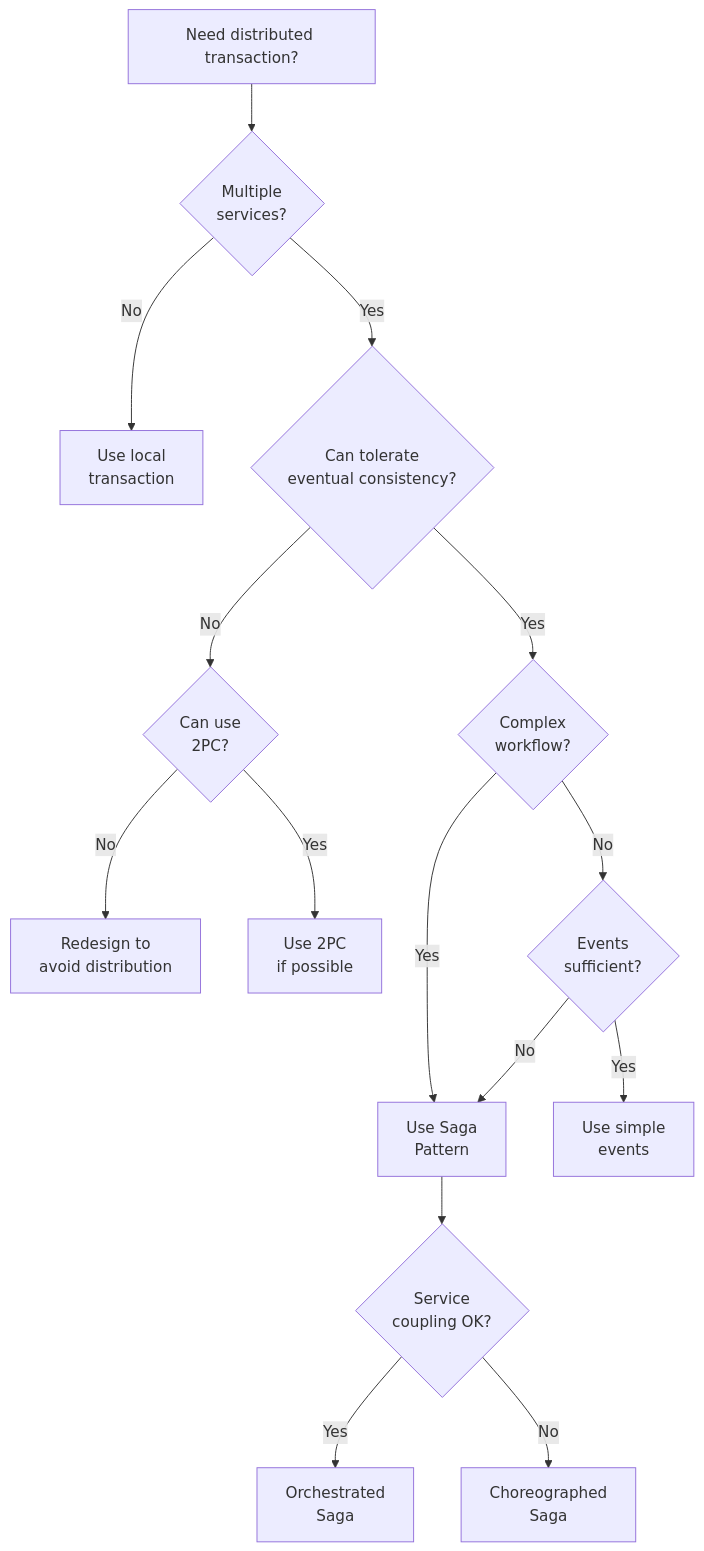
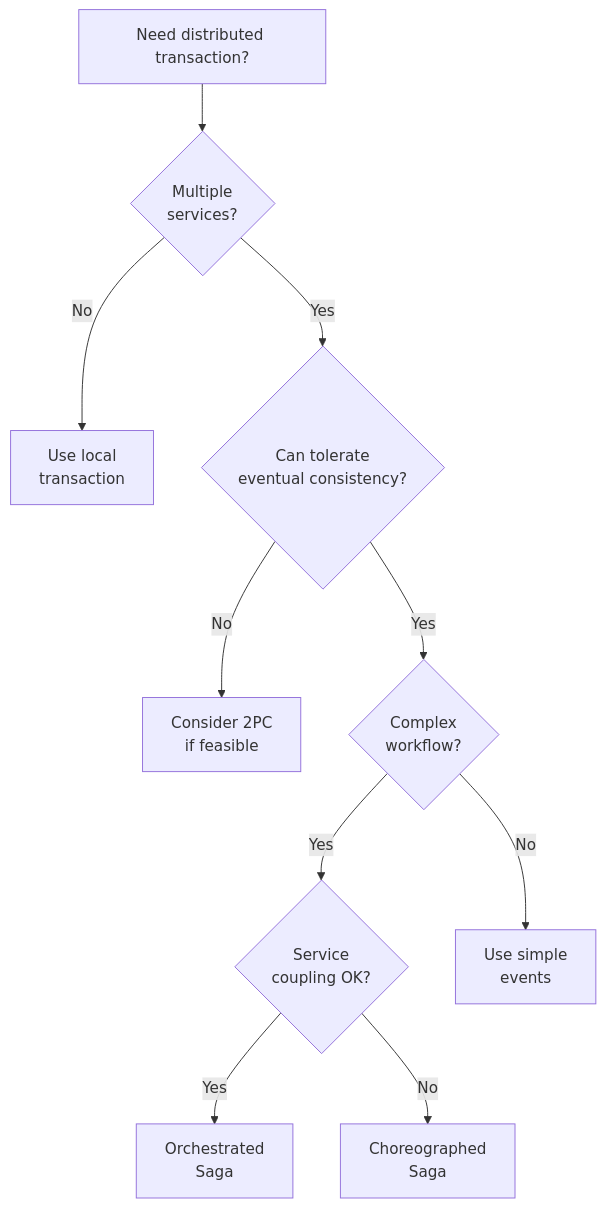
One commit to deepaucksharma/DStudio changed the fifth of 5 diagrams in docs/pattern-library/data-management/saga.md. Above: the diagram before and after it, drawn with Mermaid. The commit also changed other lines of this file and 64 other files, not shown here.

````diff
--- a/docs/pattern-library/data-management/saga.md
+++ b/docs/pattern-library/data-management/saga.md
@@ -1378,22 +387,15 @@
 ```mermaid
 graph TD
- Start[Need distributed transaction?] --> Q1{Multiple<br/>services?}
- Q1 -->|No| Local[Use local<br/>transaction]
- Q1 -->|Yes| Q2{Can tolerate<br/>eventual consistency?}
- 
- Q2 -->|No| Q3{Can use<br/>2PC?}
- Q2 -->|Yes| Q4{Complex<br/>workflow?}
- 
- Q3 -->|No| Redesign[Redesign to<br/>avoid distribution]
- Q3 -->|Yes| TwoPC[Use 2PC<br/>if possible]
- 
- Q4 -->|No| Q5{Events<br/>sufficient?}
- Q4 -->|Yes| Saga[Use Saga<br/>Pattern]
- 
- Q5 -->|Yes| Events[Use simple<br/>events]
- Q5 -->|No| Saga
- 
- Saga --> Q6{Service<br/>coupling OK?}
- Q6 -->|Yes| Orchestration[Orchestrated<br/>Saga]
- Q6 -->|No| Choreography[Choreographed<br/>Saga]
+    Start[Need distributed transaction?] --> Q1{Multiple<br/>services?}
+    Q1 -->|No| Local[Use local<br/>transaction]
+    Q1 -->|Yes| Q2{Can tolerate<br/>eventual consistency?}
+    
+    Q2 -->|No| TwoPC[Consider 2PC<br/>if feasible]
+    Q2 -->|Yes| Q3{Complex<br/>workflow?}
+    
+    Q3 -->|Yes| Q4{Service<br/>coupling OK?}
+    Q3 -->|No| Events[Use simple<br/>events]
+    
+    Q4 -->|Yes| Orchestration[Orchestrated<br/>Saga]
+    Q4 -->|No| Choreography[Choreographed<br/>Saga]
 ```
````
